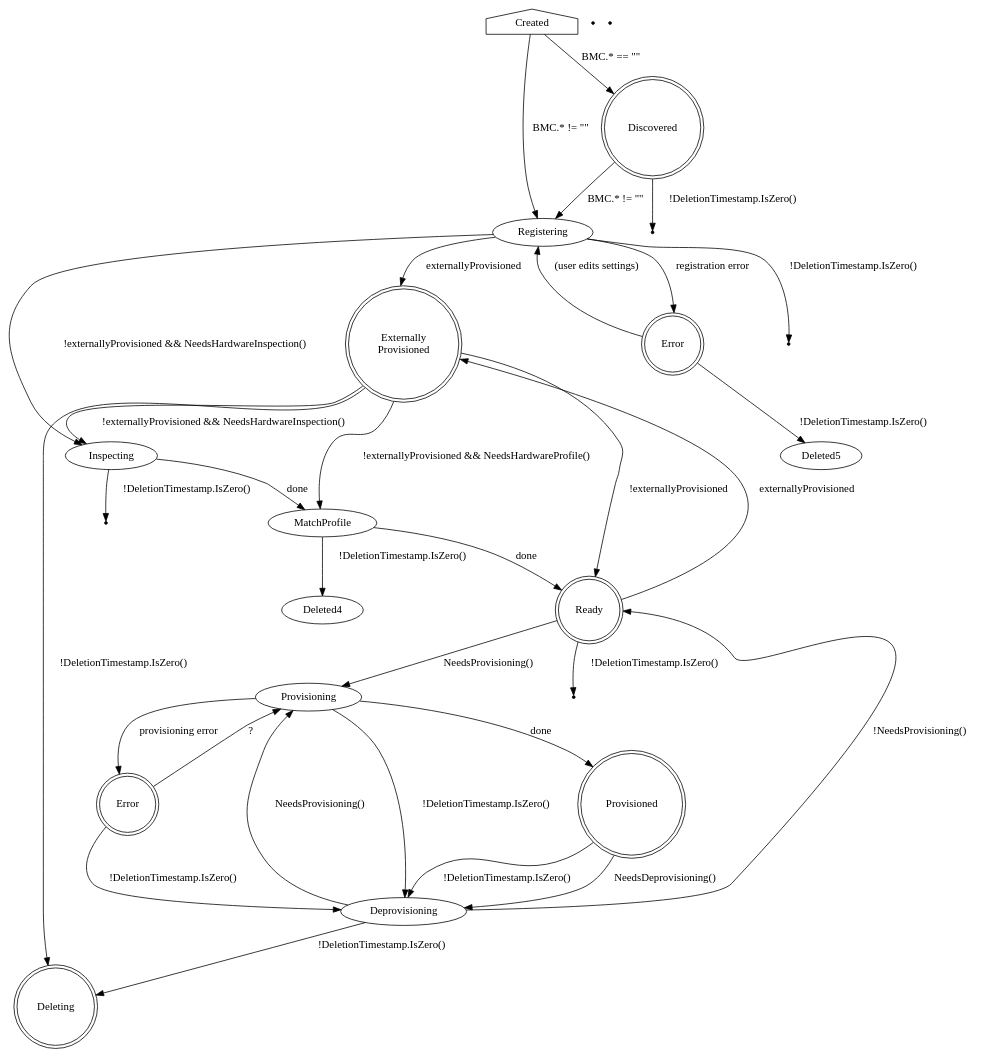
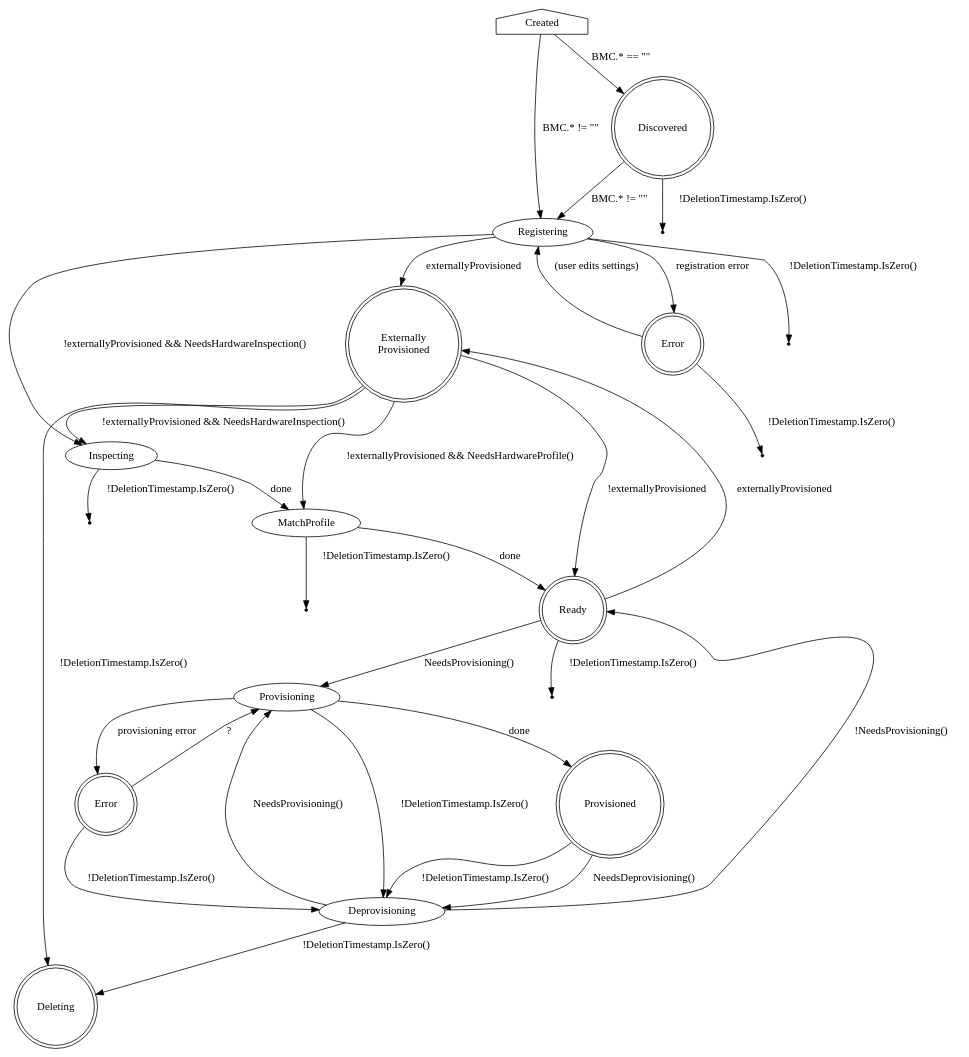
The diagram in docs/BaremetalHost_ProvisioningState.dot (metal3-io/baremetal-operator), drawn with Graphviz before and after one commit. The commit also changed 1 other file, not shown here.

Commit message:
fix typos in state diagram
Rename 2 states that were "deleted" instead of "deleting".

```diff
--- a/docs/BaremetalHost_ProvisioningState.dot
+++ b/docs/BaremetalHost_ProvisioningState.dot
@@ -1,68 +1,68 @@
 digraph BaremetalHost {
     Created [shape=house]
     Created -> Discovered [label="BMC.* == \"\""]
     Created -> Registering [label="BMC.* != \"\""]
 
     Discovered [shape=doublecircle]
     Discovered -> Registering [label="BMC.* != \"\""]
     Discovered -> Deleting1 [label="!DeletionTimestamp.IsZero()"]
 
     Deleting1 [shape=point]
 
     ExternallyProvisioned [label="Externally\nProvisioned"]
 
     Registering -> Inspecting [label="!externallyProvisioned && NeedsHardwareInspection()"]
     Registering -> ExternallyProvisioned [label="externallyProvisioned"]
     Registering -> RegistrationError [shape=doublecircle label="registration error"]
     Registering -> Deleting2 [label="!DeletionTimestamp.IsZero()"]
 
     Deleting2 [shape=point]
 
     ExternallyProvisioned -> Inspecting [label="!externallyProvisioned && NeedsHardwareInspection()"]
     ExternallyProvisioned -> MatchProfile [label="!externallyProvisioned && NeedsHardwareProfile()"]
     ExternallyProvisioned -> Ready [label="!externallyProvisioned"]
     Ready -> ExternallyProvisioned [label="externallyProvisioned"]
 
     Inspecting -> MatchProfile [label="done"]
     Inspecting -> Deleting3 [label="!DeletionTimestamp.IsZero()"]
 
     Deleting3 [shape=point]
 
     MatchProfile -> Ready [label="done"]
-    MatchProfile -> Deleted4 [label="!DeletionTimestamp.IsZero()"]
+    MatchProfile -> Deleting4 [label="!DeletionTimestamp.IsZero()"]
 
     Deleting4 [shape=point]
 
     RegistrationError [shape=doublecircle label="Error"]
     RegistrationError -> Registering [label="(user edits settings)"]
-    RegistrationError -> Deleted5 [label="!DeletionTimestamp.IsZero()"]
+    RegistrationError -> Deleting5 [label="!DeletionTimestamp.IsZero()"]
 
     Deleting5 [shape=point]
 
     Ready [shape=doublecircle]
     Ready -> Provisioning [label="NeedsProvisioning()"]
     Ready -> Deleting6 [label="!DeletionTimestamp.IsZero()"]
 
     Deleting6 [shape=point]
 
     Provisioning -> Provisioned [label=done]
     Provisioning -> ProvisioningError [label="provisioning error"]
     Provisioning -> Deprovisioning [label="!DeletionTimestamp.IsZero()"]
 
     ProvisioningError [shape=doublecircle label="Error"]
     ProvisioningError -> Provisioning [label="?"]
     ProvisioningError -> Deprovisioning [label="!DeletionTimestamp.IsZero()"]
 
     Provisioned [shape=doublecircle]
     Provisioned -> Deprovisioning [label="NeedsDeprovisioning()"]
     Provisioned -> Deprovisioning [label="!DeletionTimestamp.IsZero()"]
 
     ExternallyProvisioned [shape=doublecircle]
     ExternallyProvisioned -> Deleting [label="!DeletionTimestamp.IsZero()"]
 
     Deprovisioning -> Provisioning [label="NeedsProvisioning()"]
     Deprovisioning -> Ready [label="!NeedsProvisioning()"]
     Deprovisioning -> Deleting [label="!DeletionTimestamp.IsZero()"]
 
     Deleting [shape=doublecircle]
 }
```
